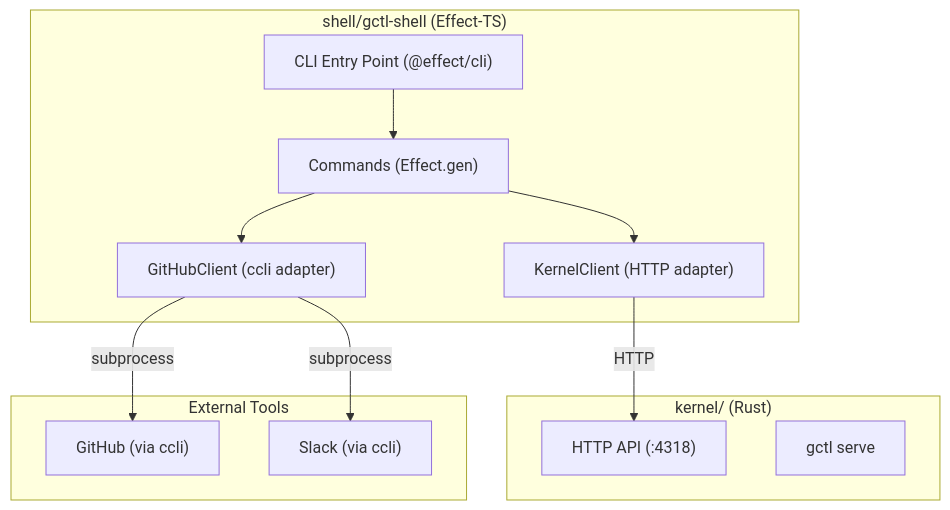
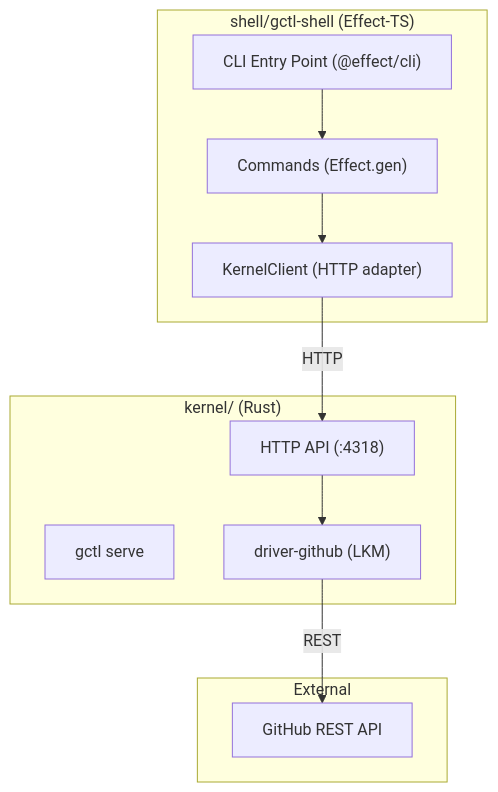
The first of 2 diagrams in specs/implementation/shell/components.md (OpenHackersClub/gctrl), drawn with Mermaid before and after one commit. The commit also changed other lines of this file and 5 other files, not shown here.

First line of the commit message:
docs: model GitHub as kernel driver — shell never calls external APIs directly

````diff
--- a/specs/implementation/shell/components.md
+++ b/specs/implementation/shell/components.md
@@ -15,26 +15,24 @@
 ```mermaid
 graph TD
     subgraph Shell["shell/gctl-shell (Effect-TS)"]
         CLI["CLI Entry Point (@effect/cli)"]
         Commands["Commands (Effect.gen)"]
         KClient["KernelClient (HTTP adapter)"]
-        GHClient["GitHubClient (ccli adapter)"]
     end
 
     subgraph Kernel["kernel/ (Rust)"]
         API["HTTP API (:4318)"]
         Daemon["gctl serve"]
+        DrvGH["driver-github (LKM)"]
     end
 
-    subgraph External["External Tools"]
-        GitHub["GitHub (via ccli)"]
-        Slack["Slack (via ccli)"]
+    subgraph External["External"]
+        GitHub["GitHub REST API"]
     end
 
     CLI --> Commands
     Commands --> KClient
-    Commands --> GHClient
     KClient -->|"HTTP"| API
-    GHClient -->|"subprocess"| GitHub
-    GHClient -->|"subprocess"| Slack
+    DrvGH -->|"REST"| GitHub
+    API --> DrvGH
 ```
````
